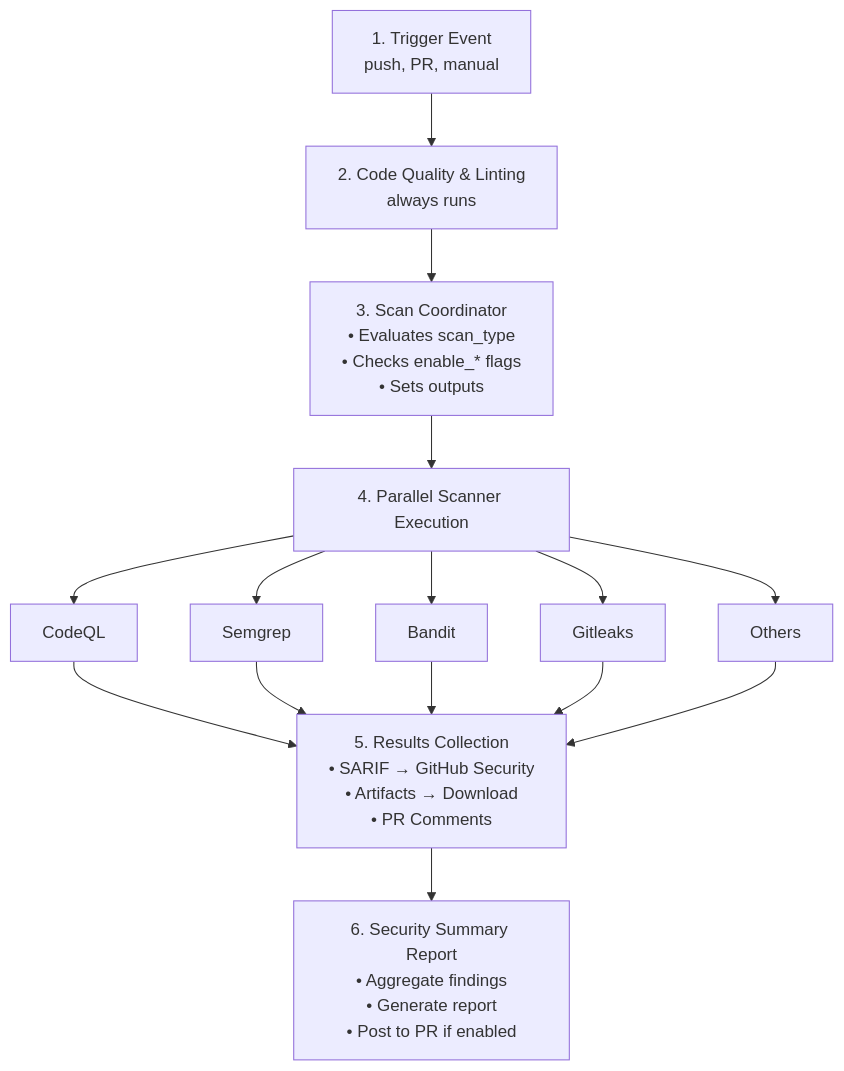
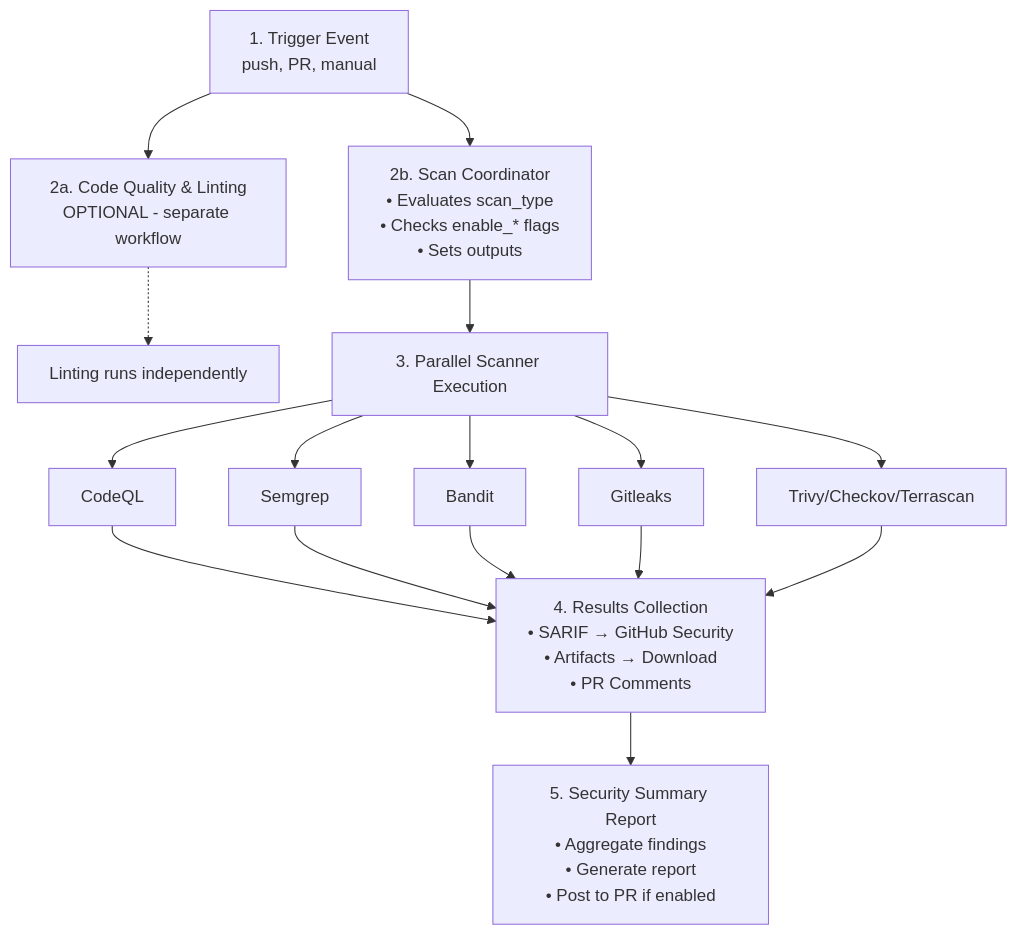
The second of 2 diagrams in docs/architecture.md (huntridge-labs/hardening-workflows), drawn with Mermaid before and after one commit. The commit also changed other lines of this file and 5 other files, not shown here.

First line of the commit message:
feat: separate linting into independent workflow with optional integration

````diff
--- a/docs/architecture.md
+++ b/docs/architecture.md
@@ -63,20 +123,23 @@
 ```mermaid
 graph TD
-    A[1. Trigger Event<br/>push, PR, manual] --> B[2. Code Quality & Linting<br/>always runs]
-    B --> C[3. Scan Coordinator<br/>• Evaluates scan_type<br/>• Checks enable_* flags<br/>• Sets outputs]
-    C --> D[4. Parallel Scanner Execution]
+    A[1. Trigger Event<br/>push, PR, manual] --> B[2a. Code Quality & Linting<br/>OPTIONAL - separate workflow]
+    A --> C[2b. Scan Coordinator<br/>• Evaluates scan_type<br/>• Checks enable_* flags<br/>• Sets outputs]
     
-    D --> E1[CodeQL]
-    D --> E2[Semgrep]
-    D --> E3[Bandit]
-    D --> E4[Gitleaks]
-    D --> E5[Others]
+    B -.-> D[Linting runs independently]
     
-    E1 --> F[5. Results Collection<br/>• SARIF → GitHub Security<br/>• Artifacts → Download<br/>• PR Comments]
-    E2 --> F
-    E3 --> F
-    E4 --> F
-    E5 --> F
+    C --> E[3. Parallel Scanner Execution]
     
-    F --> G[6. Security Summary Report<br/>• Aggregate findings<br/>• Generate report<br/>• Post to PR if enabled]
+    E --> F1[CodeQL]
+    E --> F2[Semgrep]
+    E --> F3[Bandit]
+    E --> F4[Gitleaks]
+    E --> F5[Trivy/Checkov/Terrascan]
+    
+    F1 --> G[4. Results Collection<br/>• SARIF → GitHub Security<br/>• Artifacts → Download<br/>• PR Comments]
+    F2 --> G
+    F3 --> G
+    F4 --> G
+    F5 --> G
+    
+    G --> H[5. Security Summary Report<br/>• Aggregate findings<br/>• Generate report<br/>• Post to PR if enabled]
 ```
````
